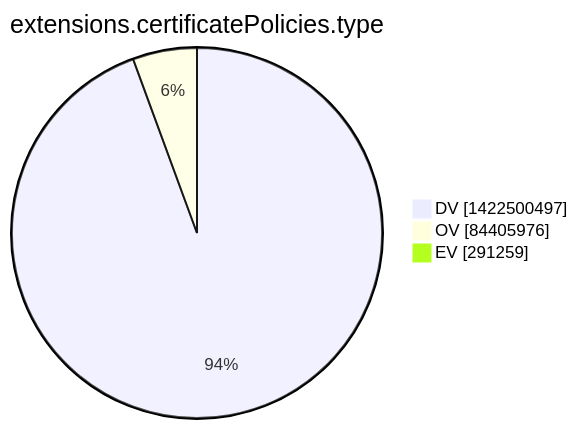
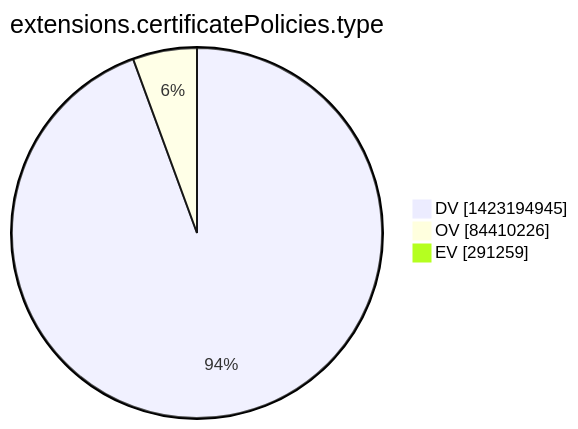
Before and after one commit to christiankrug/ctmonitor_visualization: the tenth of 15 diagrams in argon2022/README.md, drawn with Mermaid. The commit also changed other lines of this file, not shown here.

````diff
--- a/argon2022/README.md
+++ b/argon2022/README.md
@@ -2773,7 +2773,7 @@
 ```mermaid
 pie showData
 title extensions.certificatePolicies.type
-"DV" :1422500497
-"OV" :84405976
+"DV" :1423194945
+"OV" :84410226
 "EV" :291259
 ```
````
